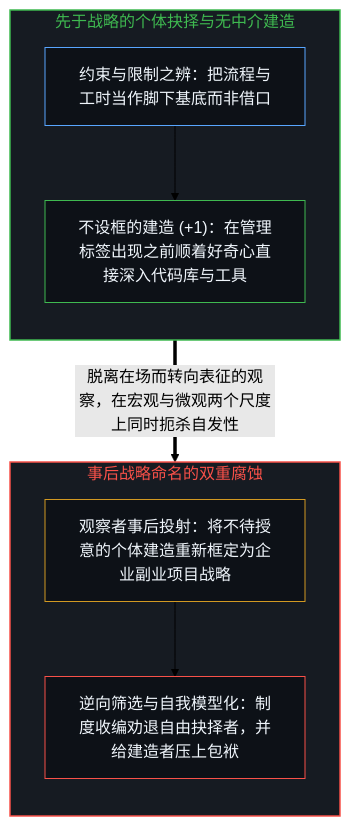
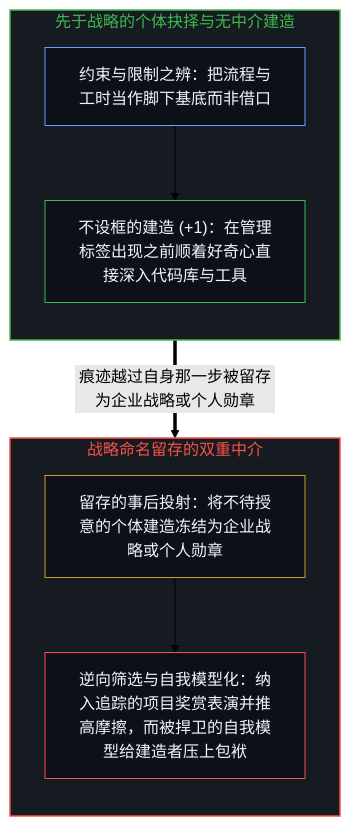
Before and after one commit to powerpig99/not-a-toe: the first of 2 diagrams in content/posts/the-strategy-that-wasnt.md, drawn with Mermaid (forest theme). The commit also changed other lines of this file and 9 other files, not shown here.

````diff
--- a/content/posts/the-strategy-that-wasnt.md
+++ b/content/posts/the-strategy-that-wasnt.md
@@ -17,22 +17,22 @@
 ```mermaid
 flowchart TD
     subgraph S_Act["先于战略的个体抉择与无中介建造"]
         direction TB
         Fact["约束与限制之辨：把流程与工时当作脚下基底而非借口"]
         Build["不设框的建造 (+1)：在管理标签出现之前顺着好奇心直接深入代码库与工具"]
         Fact --> Build
     end
-    subgraph S_Strat["事后战略命名的双重腐蚀"]
+    subgraph S_Strat["战略命名留存的双重中介"]
         direction TB
-        Retro["观察者事后投射：将不待授意的个体建造重新框定为企业副业项目战略"]
-        Adverse["逆向筛选与自我模型化：制度收编劝退自由抉择者，并给建造者压上包袱"]
+        Retro["留存的事后投射：将不待授意的个体建造冻结为企业战略或个人勋章"]
+        Adverse["逆向筛选与自我模型化：纳入追踪的项目奖赏表演并推高摩擦，而被捍卫的自我模型给建造者压上包袱"]
         Retro --> Adverse
     end
-    Build ==>|"脱离在场而转向表征的观察，在宏观与微观两个尺度上同时扼杀自发性"| Retro
+    Build ==>|"痕迹越过自身那一步被留存为企业战略或个人勋章"| Retro
     style S_Act fill:#161b22,stroke:#3fb950,stroke-width:1.5px,color:#3fb950
     style S_Strat fill:#161b22,stroke:#f85149,stroke-width:1.5px,color:#f85149
     style Fact fill:#0d1117,stroke:#58a6ff,stroke-width:1px,color:#f0f6fc
     style Build fill:#0d1117,stroke:#3fb950,stroke-width:1px,color:#f0f6fc
     style Retro fill:#0d1117,stroke:#d29922,stroke-width:1px,color:#f0f6fc
     style Adverse fill:#0d1117,stroke:#f85149,stroke-width:1px,color:#f0f6fc
 ```
````
